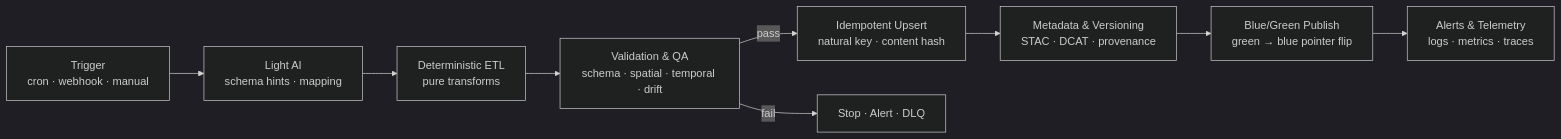
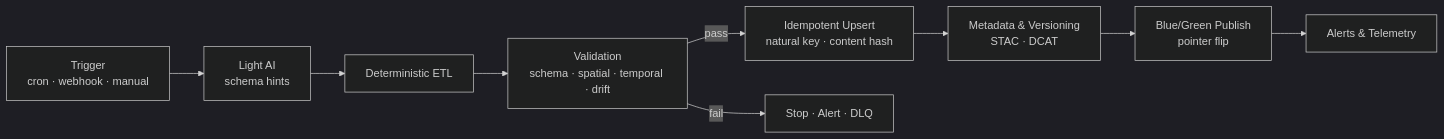
Before and after one commit to bartytime4life/Kansas-Frontier-Matrix: the first of 2 diagrams in src/pipelines/architecture/reliable-pipelines.md, drawn with Mermaid (dark theme). The commit also changed other lines of this file, not shown here.

First line of the commit message:
Revise KFM Reliable Pipeline Architecture documentation

````diff
--- a/src/pipelines/architecture/reliable-pipelines.md
+++ b/src/pipelines/architecture/reliable-pipelines.md
@@ -534,11 +287,11 @@
 ```mermaid
 flowchart LR
-  A[Trigger<br/>cron · webhook · manual] --> B[Light AI<br/>schema hints · mapping]
-  B --> C[Deterministic ETL<br/>pure transforms]
-  C --> D[Validation & QA<br/>schema · spatial · temporal · drift]
+  A[Trigger<br/>cron · webhook · manual] --> B[Light AI<br/>schema hints]
+  B --> C[Deterministic ETL]
+  C --> D[Validation<br/>schema · spatial · temporal · drift]
   D -->|pass| E[Idempotent Upsert<br/>natural key · content hash]
   D -->|fail| X[Stop · Alert · DLQ]
-  E --> F[Metadata & Versioning<br/>STAC · DCAT · provenance]
-  F --> G[Blue/Green Publish<br/>green → blue pointer flip]
-  G --> H[Alerts & Telemetry<br/>logs · metrics · traces]
+  E --> F[Metadata & Versioning<br/>STAC · DCAT]
+  F --> G[Blue/Green Publish<br/>pointer flip]
+  G --> H[Alerts & Telemetry]
 ```
````
